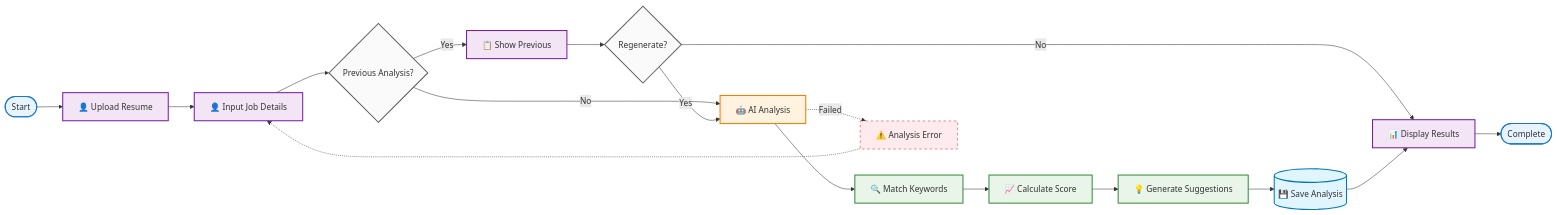
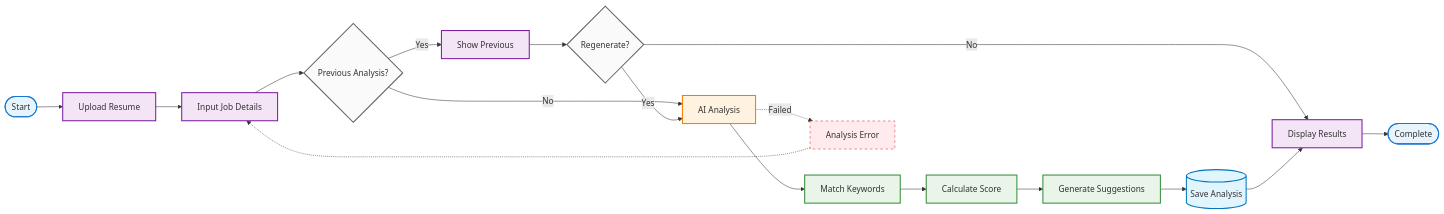
Before and after one commit to thenotoriousgustav/ai-resume: the third of 5 diagrams in BUSINESS_PROCESS_BPMN.md, drawn with Mermaid. The commit also changed other lines of this file and 5 other files, not shown here.

````diff
--- a/BUSINESS_PROCESS_BPMN.md
+++ b/BUSINESS_PROCESS_BPMN.md
@@ -131,41 +131,41 @@
 ```mermaid
 flowchart LR
-    Start([Start]) --> UploadResume[👤 Upload Resume]
-    UploadResume --> InputJob[👤 Input Job Details]
+    Start([Start]) --> UploadResume[Upload Resume]
+    UploadResume --> InputJob[Input Job Details]
     InputJob --> CheckPrevious{Previous Analysis?}
 
-    CheckPrevious -->|Yes| ShowPrevious[📋 Show Previous]
-    CheckPrevious -->|No| AIAnalysis[🤖 AI Analysis]
+    CheckPrevious -->|Yes| ShowPrevious[Show Previous]
+    CheckPrevious -->|No| AIAnalysis[AI Analysis]
 
     ShowPrevious --> Regenerate{Regenerate?}
     Regenerate -->|Yes| AIAnalysis
-    Regenerate -->|No| DisplayResults[📊 Display Results]
+    Regenerate -->|No| DisplayResults[Display Results]
 
-    AIAnalysis --> MatchKeywords[🔍 Match Keywords]
-    MatchKeywords --> CalculateScore[📈 Calculate Score]
-    CalculateScore --> GenerateSuggestions[💡 Generate Suggestions]
-    GenerateSuggestions --> SaveDB[(💾 Save Analysis)]
+    AIAnalysis --> MatchKeywords[Match Keywords]
+    MatchKeywords --> CalculateScore[Calculate Score]
+    CalculateScore --> GenerateSuggestions[Generate Suggestions]
+    GenerateSuggestions --> SaveDB[(Save Analysis)]
     SaveDB --> DisplayResults
     DisplayResults --> End([Complete])
 
     %% Error Handling
-    AIAnalysis -.->|Failed| ErrorMsg[⚠️ Analysis Error]
+    AIAnalysis -.->|Failed| ErrorMsg[Analysis Error]
     ErrorMsg -.-> InputJob
 
     %% Styling
     classDef startEnd fill:#e8f4fd,stroke:#1976d2,stroke-width:2px
     classDef process fill:#f3e5f5,stroke:#7b1fa2,stroke-width:2px
     classDef ai fill:#fff3e0,stroke:#f57c00,stroke-width:2px
     classDef service fill:#e8f5e8,stroke:#388e3c,stroke-width:2px
     classDef data fill:#e1f5fe,stroke:#0277bd,stroke-width:2px
     classDef decision fill:#fafafa,stroke:#616161,stroke-width:2px
     classDef error fill:#ffebee,stroke:#d32f2f,stroke-width:1px,stroke-dasharray: 5 5
 
     class Start,End startEnd
     class UploadResume,InputJob,ShowPrevious,DisplayResults process
     class AIAnalysis ai
     class MatchKeywords,CalculateScore,GenerateSuggestions service
     class SaveDB data
     class CheckPrevious,Regenerate decision
     class ErrorMsg error
 ```
````
